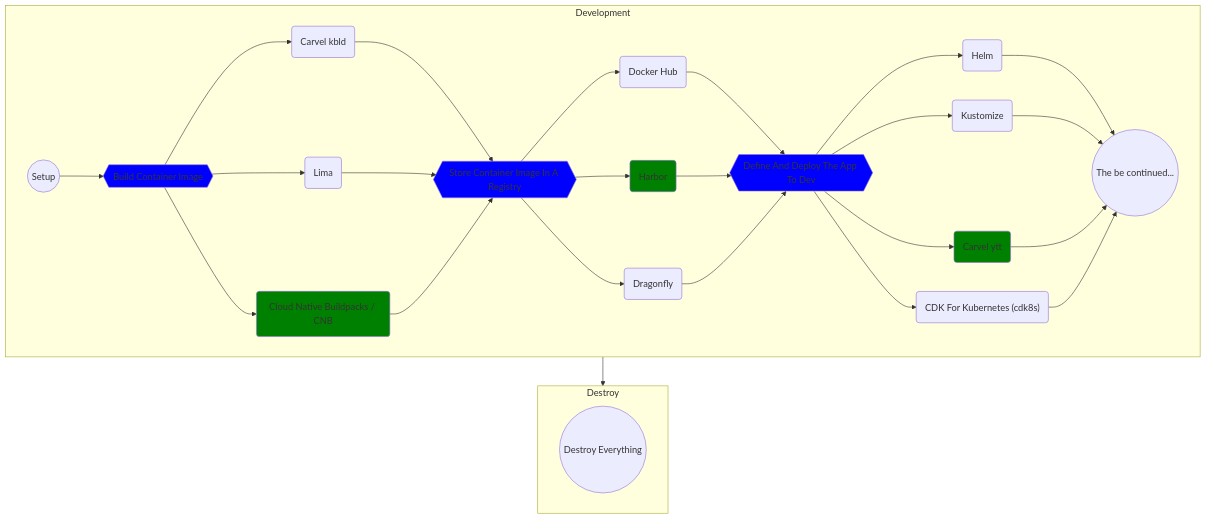
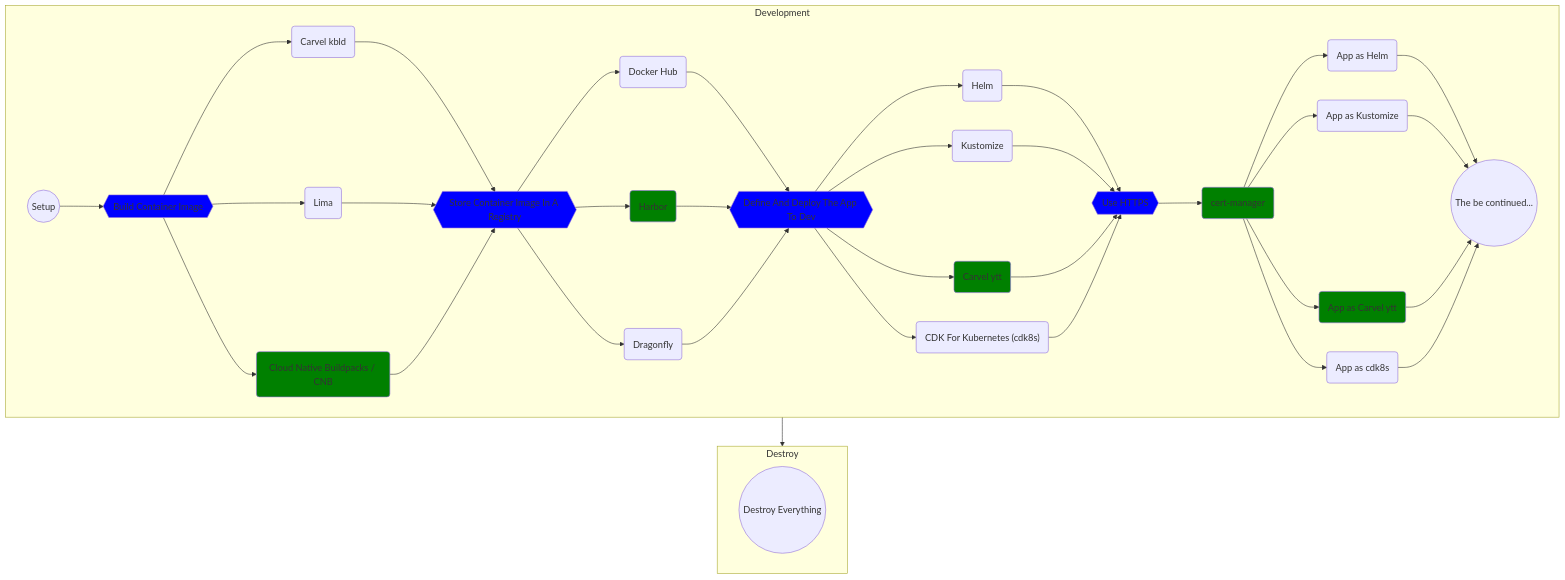
One commit to vfarcic/cncf-demo changed the second of 2 diagrams in README.md. Above: the diagram before and after it, drawn with Mermaid. The commit also changed 3 other files, not shown here.

```diff
--- a/README.md
+++ b/README.md
@@ -96,7 +96,27 @@
         style ddd-carvel fill:green
         ddd-cdk8s("CDK For Kubernetes (cdk8s)")
         click ddd-cdk8s "https://github.com/vfarcic/cncf-demo/blob/main/manuscript/define-deploy-dev/cdk8s.md"
-        ddd --> ddd-helm & ddd-kustomize & ddd-carvel & ddd-cdk8s --> continue
+        ddd --> ddd-helm & ddd-kustomize & ddd-carvel & ddd-cdk8s --> https
+
+        %% ---------------
+        %% -- Use HTTPS --
+        %% ---------------
+        https{{Use HTTPS}}
+        click https "https://github.com/vfarcic/cncf-demo/blob/main/manuscript/https/README.md"
+        style https fill:blue
+        https-cert-manager(cert-manager)
+        click https-cert-manager "https://github.com/vfarcic/cncf-demo/blob/main/manuscript/https/cert-manager.md"
+        style https-cert-manager fill:green
+        https-cert-manager-helm(App as Helm)
+        click https-cert-manager-helm "https://github.com/vfarcic/cncf-demo/blob/main/manuscript/https/cert-manager-helm.md"
+        https-cert-manager-kustomize(App as Kustomize)
+        click https-cert-manager-kustomize "https://github.com/vfarcic/cncf-demo/blob/main/manuscript/https/cert-manager-kustomize.md"
+        https-cert-manager-carvel(App as Carvel ytt)
+        click https-cert-manager-kustomize "https://github.com/vfarcic/cncf-demo/blob/main/manuscript/https/cert-manager-carvel.md"
+        style https-cert-manager-carvel fill:green
+        https-cert-manager-cdk8s(App as cdk8s)
+        click https-cert-manager-cdk8s "https://github.com/vfarcic/cncf-demo/blob/main/manuscript/https/cert-manager-cdk8s.md"
+        https--> https-cert-manager--> https-cert-manager-helm & https-cert-manager-kustomize & https-cert-manager-carvel & https-cert-manager-cdk8s --> continue
 
         continue((The be continued...))
 
```
